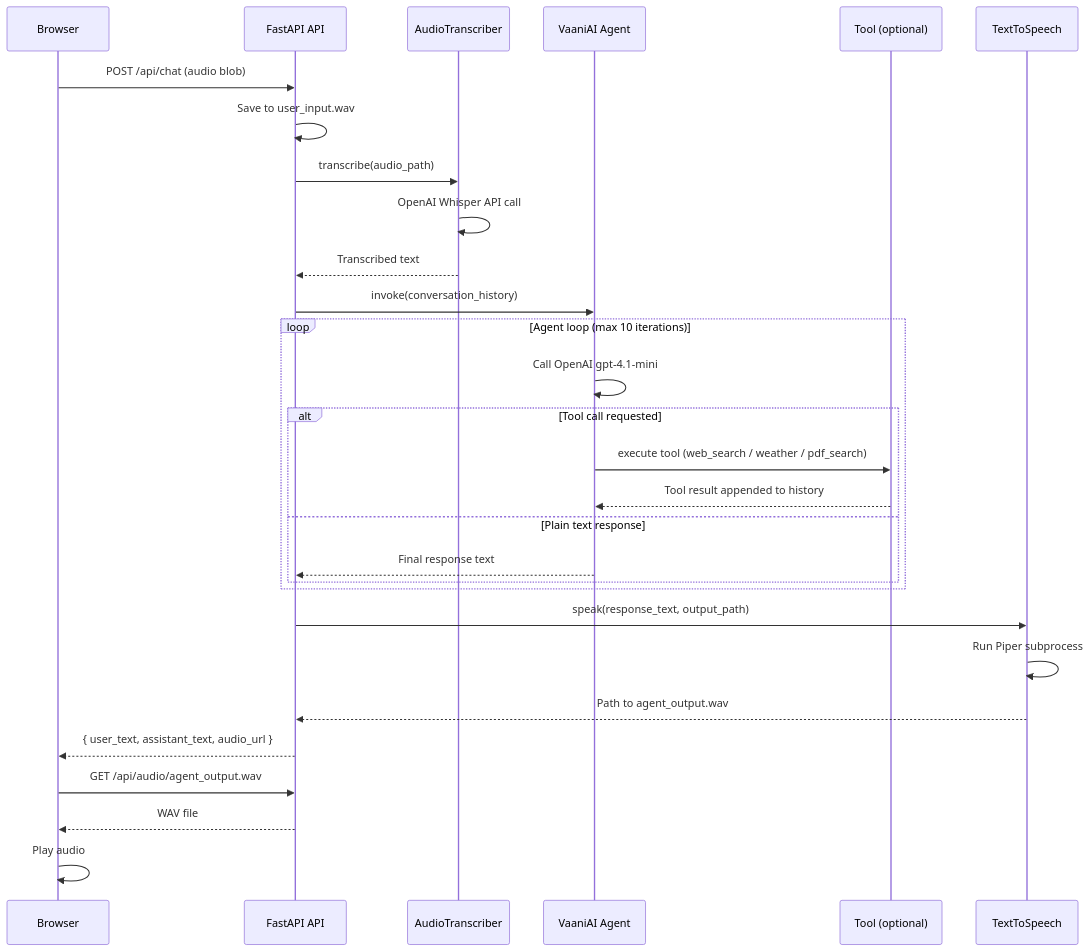
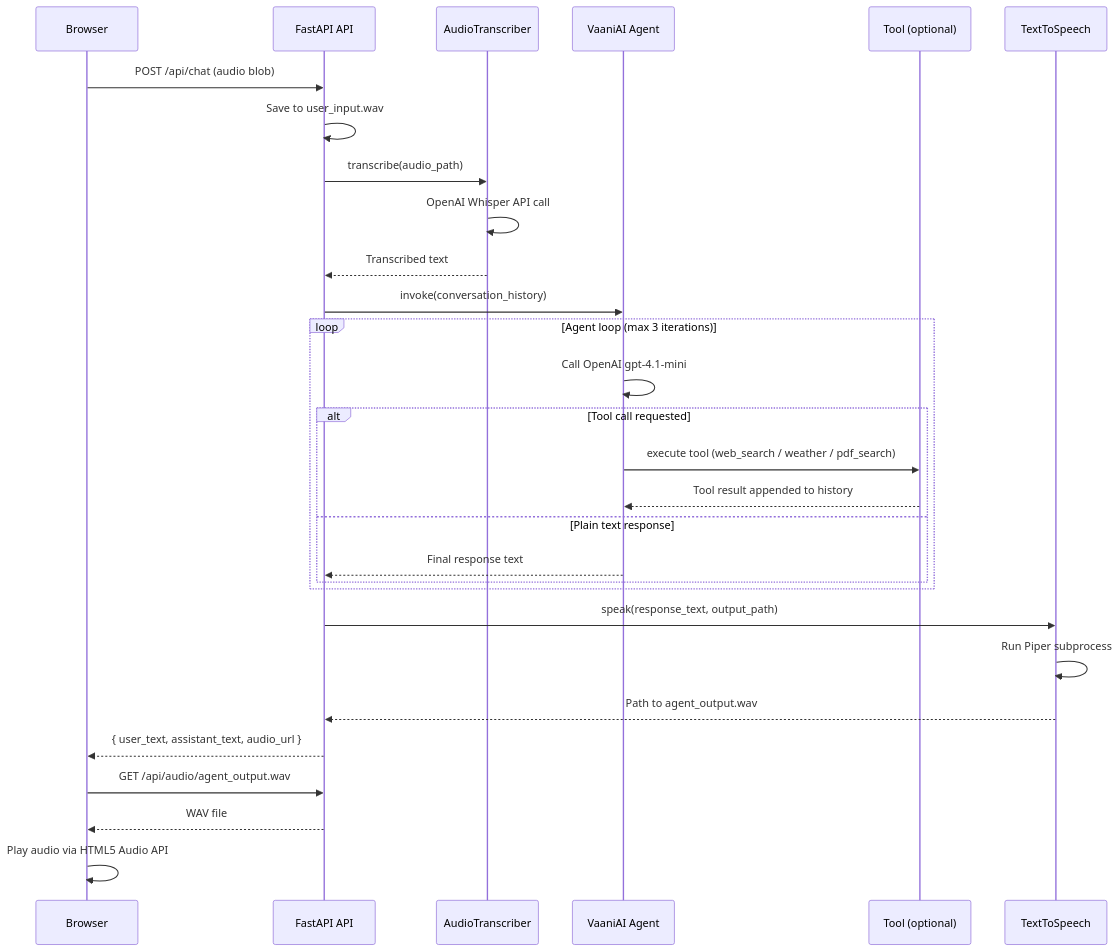
Before and after one commit to Akshumishra/VaaniAI: the second of 6 diagrams in docs/technical_design.md, drawn with Mermaid. The commit also changed other lines of this file and 1 other file, not shown here.

Commit message:
docs: add project architecture and technical design documentation

````diff
--- a/docs/technical_design.md
+++ b/docs/technical_design.md
@@ -117,35 +116,35 @@
 ```mermaid
 sequenceDiagram
     participant Browser
     participant API as FastAPI API
     participant STT as AudioTranscriber
     participant LLM as VaaniAI Agent
     participant Tool as Tool (optional)
     participant TTS as TextToSpeech
 
     Browser->>API: POST /api/chat (audio blob)
     API->>API: Save to user_input.wav
     API->>STT: transcribe(audio_path)
     STT->>STT: OpenAI Whisper API call
     STT-->>API: Transcribed text
 
     API->>LLM: invoke(conversation_history)
-    loop Agent loop (max 10 iterations)
+    loop Agent loop (max 3 iterations)
         LLM->>LLM: Call OpenAI gpt-4.1-mini
         alt Tool call requested
             LLM->>Tool: execute tool (web_search / weather / pdf_search)
             Tool-->>LLM: Tool result appended to history
         else Plain text response
             LLM-->>API: Final response text
         end
     end
 
     API->>TTS: speak(response_text, output_path)
     TTS->>TTS: Run Piper subprocess
     TTS-->>API: Path to agent_output.wav
 
     API-->>Browser: { user_text, assistant_text, audio_url }
     Browser->>API: GET /api/audio/agent_output.wav
     API-->>Browser: WAV file
-    Browser->>Browser: Play audio
+    Browser->>Browser: Play audio via HTML5 Audio API
 ```
````
